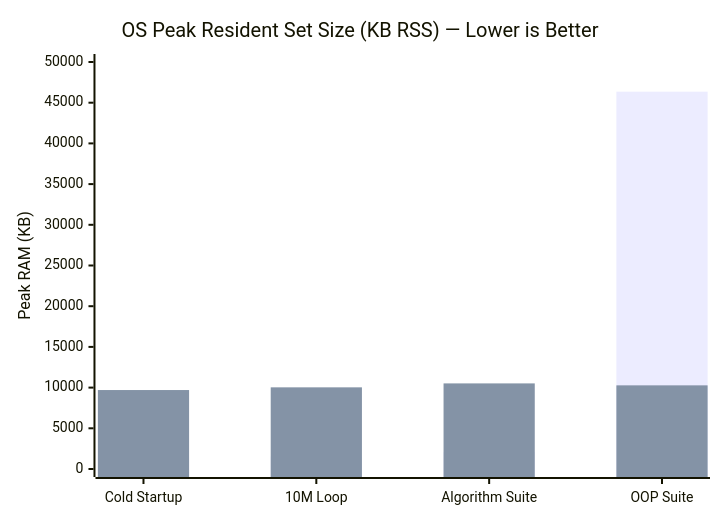
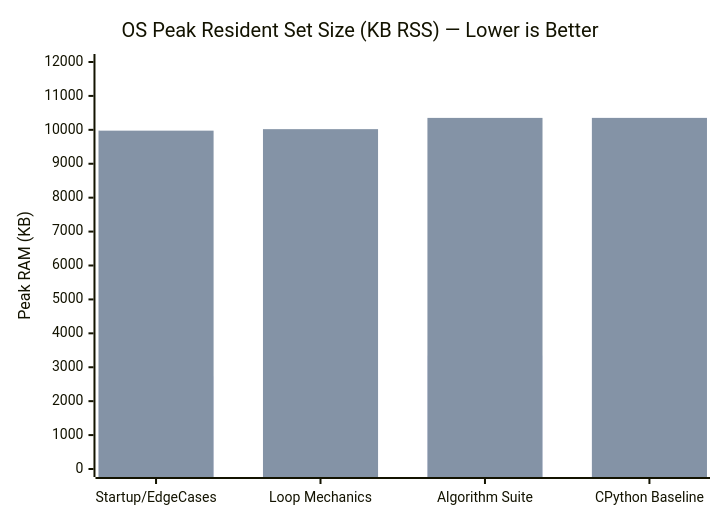
Before and after one commit to babar-xagi/zython-: the second of 2 diagrams in final_sumary.md, drawn with Mermaid. The commit also changed other lines of this file and 11 other files, not shown here.

````diff
--- a/final_sumary.md
+++ b/final_sumary.md
@@ -123,8 +122,8 @@
 ```mermaid
 xychart-beta
     title "OS Peak Resident Set Size (KB RSS) — Lower is Better"
-    x-axis ["Cold Startup", "10M Loop", "Algorithm Suite", "OOP Suite"]
-    y-axis "Peak RAM (KB)" 0 --> 50000
-    bar [1428, 1556, 2068, 46356]
-    bar [9700, 10032, 10516, 10276]
+    x-axis ["Startup/EdgeCases", "Loop Mechanics", "Algorithm Suite", "CPython Baseline"]
+    y-axis "Peak RAM (KB)" 0 --> 12000
+    bar [2732, 2732, 3344, 10352]
+    bar [9976, 10020, 10352, 10352]
 ```
````
